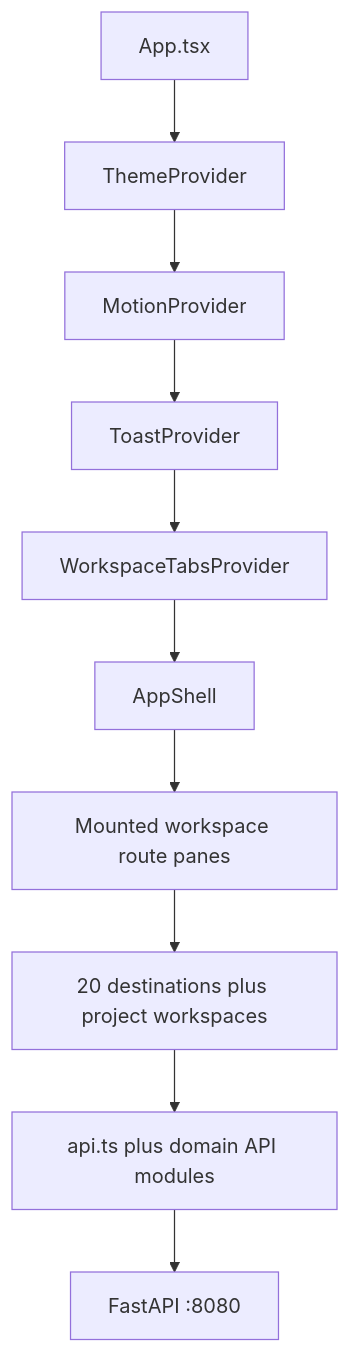
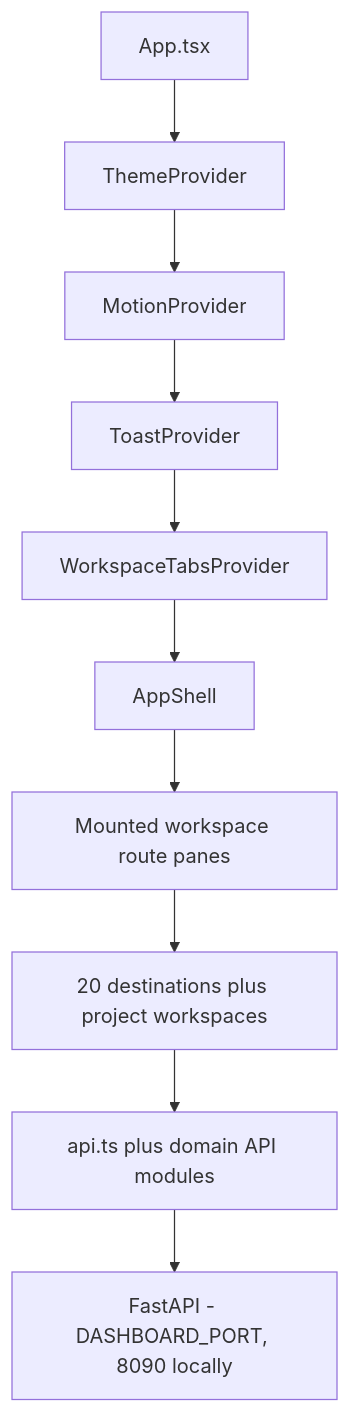
The second of 3 diagrams in docs/ARCHITECTURE.md (binhvu284/tobi), drawn with Mermaid before and after one commit. The commit also changed other lines of this file and 7 other files, not shown here.

````diff
--- a/docs/ARCHITECTURE.md
+++ b/docs/ARCHITECTURE.md
@@ -129,12 +150,12 @@
 ```mermaid
 flowchart TD
   App[App.tsx] --> Theme[ThemeProvider]
   Theme --> Motion[MotionProvider]
   Motion --> Toast[ToastProvider]
   Toast --> Tabs[WorkspaceTabsProvider]
   Tabs --> Shell[AppShell]
   Shell --> Panes[Mounted workspace route panes]
   Panes --> Pages[20 destinations plus project workspaces]
   Pages --> Client[api.ts plus domain API modules]
-  Client --> DashAPI[FastAPI :8080]
+  Client --> DashAPI[FastAPI - DASHBOARD_PORT, 8090 locally]
 ```
````
